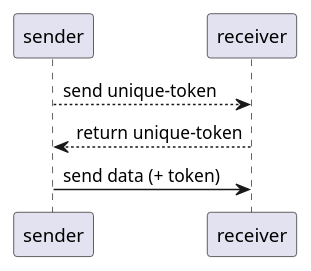
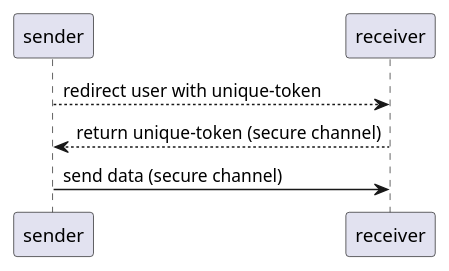
One commit to thebjorn/toolcall changed the diagram in docs/diagrams/message-flow.puml. Above: the diagram before and after it, drawn with PlantUML. The commit also changed 104 other files, not shown here.

```diff
--- a/docs/diagrams/message-flow.puml
+++ b/docs/diagrams/message-flow.puml
@@ -1,5 +1,5 @@
-@startuml
-sender --> receiver : send unique-token
-receiver --> sender : return unique-token
-sender -> receiver : send data (+ token)
+@startuml messageflow
+sender --> receiver : redirect user with unique-token
+receiver --> sender : return unique-token (secure channel)
+sender -> receiver : send data (secure channel)
 @enduml
```
